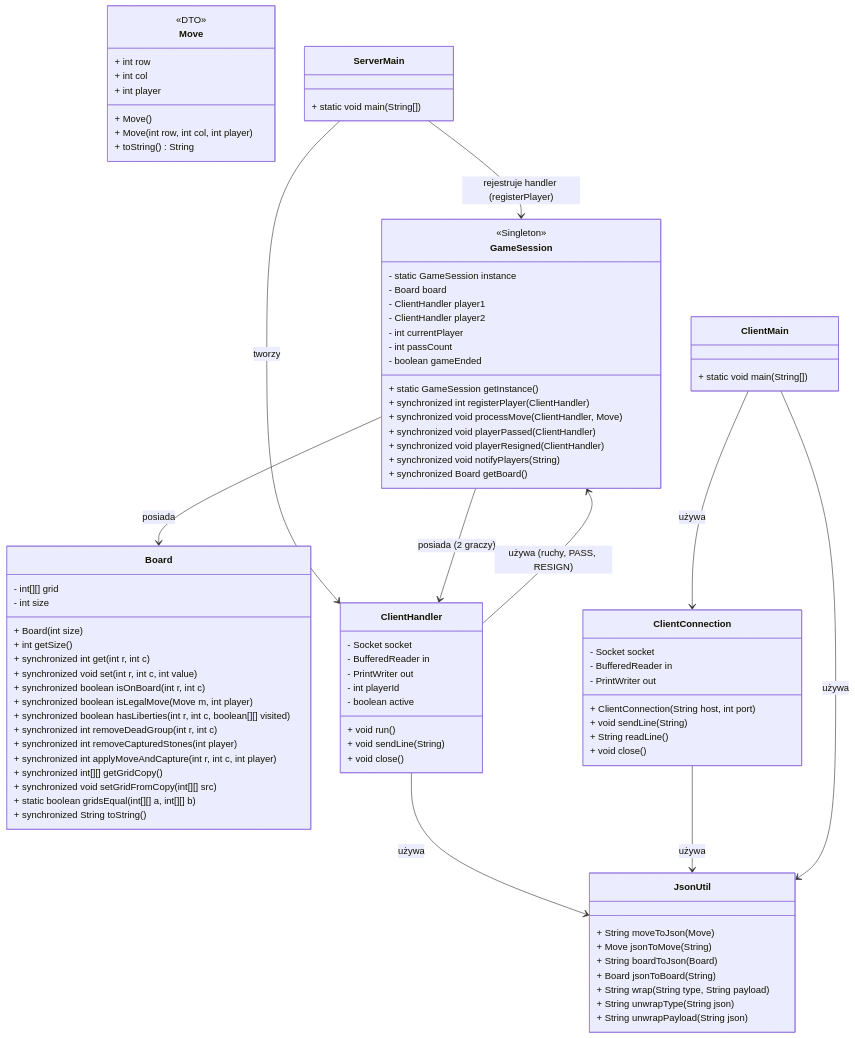
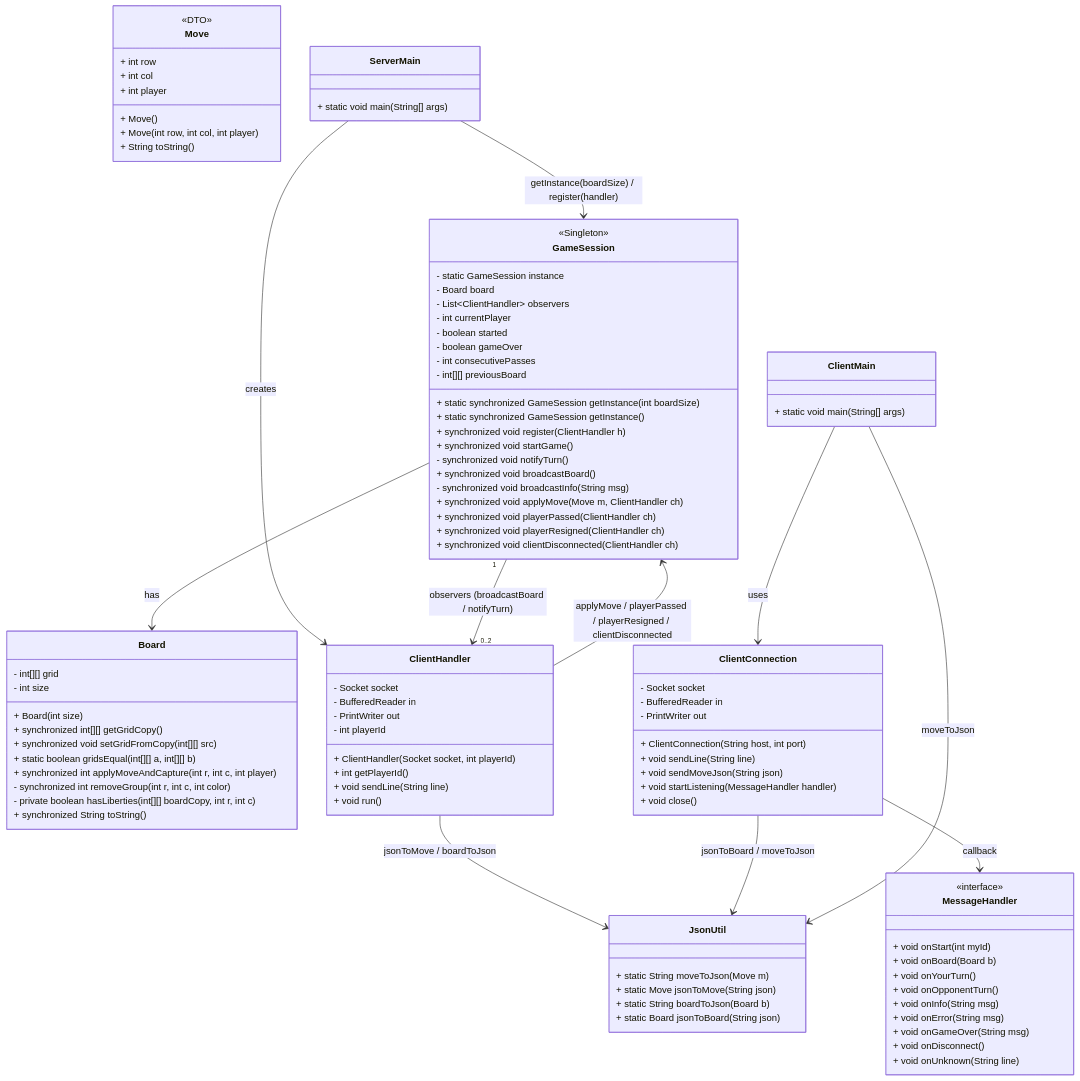
The diagram in diagram.md (adam-1020/lab4), drawn with Mermaid before and after one commit. The commit also changed 1 other file, not shown here.

Commit message:
diagram i readme

````diff
--- a/diagram.md
+++ b/diagram.md
@@ -12,7 +12,7 @@
         + int player
         + Move()
         + Move(int row, int col, int player)
-        + toString() String
+        + String toString()
     }
 
     class Board {
@@ -20,33 +20,21 @@
         - int size
 
         + Board(int size)
-        + int getSize()
-        + synchronized int get(int r, int c)
-        + synchronized void set(int r, int c, int value)
-
-        + synchronized boolean isOnBoard(int r, int c)
-        + synchronized boolean isLegalMove(Move m, int player)
-        + synchronized boolean hasLiberties(int r, int c, boolean[][] visited)
-        + synchronized int removeDeadGroup(int r, int c)
-        + synchronized int removeCapturedStones(int player)
-
-        + synchronized int applyMoveAndCapture(int r, int c, int player)
-
         + synchronized int[][] getGridCopy()
         + synchronized void setGridFromCopy(int[][] src)
         + static boolean gridsEqual(int[][] a, int[][] b)
 
+        + synchronized int applyMoveAndCapture(int r, int c, int player)
+        - synchronized int removeGroup(int r, int c, int color)
+        - private boolean hasLiberties(int[][] boardCopy, int r, int c)
         + synchronized String toString()
     }
 
     class JsonUtil {
-        + String moveToJson(Move)
-        + Move jsonToMove(String)
-        + String boardToJson(Board)
-        + Board jsonToBoard(String)
-        + String wrap(String type, String payload)
-        + String unwrapType(String json)
-        + String unwrapPayload(String json)
+        + static String moveToJson(Move m)
+        + static Move jsonToMove(String json)
+        + static String boardToJson(Board b)
+        + static Board jsonToBoard(String json)
     }
 
 
@@ -57,19 +45,24 @@
         <<Singleton>>
         - static GameSession instance
         - Board board
-        - ClientHandler player1
-        - ClientHandler player2
+        - List~ClientHandler~ observers
         - int currentPlayer
-        - int passCount
-        - boolean gameEnded
+        - boolean started
+        - boolean gameOver
+        - int consecutivePasses
+        - int[][] previousBoard
 
-        + static GameSession getInstance()
-        + synchronized int registerPlayer(ClientHandler)
-        + synchronized void processMove(ClientHandler, Move)
-        + synchronized void playerPassed(ClientHandler)
-        + synchronized void playerResigned(ClientHandler)
-        + synchronized void notifyPlayers(String)
-        + synchronized Board getBoard()
+        + static synchronized GameSession getInstance(int boardSize)
+        + static synchronized GameSession getInstance()
+        + synchronized void register(ClientHandler h)
+        + synchronized void startGame()
+        - synchronized void notifyTurn()
+        + synchronized void broadcastBoard()
+        - synchronized void broadcastInfo(String msg)
+        + synchronized void applyMove(Move m, ClientHandler ch)
+        + synchronized void playerPassed(ClientHandler ch)
+        + synchronized void playerResigned(ClientHandler ch)
+        + synchronized void clientDisconnected(ClientHandler ch)
     }
 
     class ClientHandler {
@@ -77,21 +70,15 @@
         - BufferedReader in
         - PrintWriter out
         - int playerId
-        - boolean active
 
+        + ClientHandler(Socket socket, int playerId)
+        + int getPlayerId()
+        + void sendLine(String line)
         + void run()
-        + void sendLine(String)
-        + void close()
     }
 
     class ServerMain {
-        + static void main(String[])
-    %% Komentarz:
-    %% - tworzy ServerSocket
-    %% - akceptuje połączenia klientów
-    %% - tworzy ClientHandler
-    %% - rejestruje handler w GameSession
-    %% - uruchamia wątek handlera
+        + static void main(String[] args)
     }
 
 
@@ -104,32 +91,51 @@
         - PrintWriter out
 
         + ClientConnection(String host, int port)
-        + void sendLine(String)
-        + String readLine()
+        + void sendLine(String line)
+        + void sendMoveJson(String json)
+        + void startListening(MessageHandler handler)
         + void close()
     }
 
     class ClientMain {
-        + static void main(String[])
+        + static void main(String[] args)
     }
 
+%% MessageHandler is an internal interface of ClientConnection
+    class MessageHandler {
+        <<interface>>
+        + void onStart(int myId)
+        + void onBoard(Board b)
+        + void onYourTurn()
+        + void onOpponentTurn()
+        + void onInfo(String msg)
+        + void onError(String msg)
+        + void onGameOver(String msg)
+        + void onDisconnect()
+        + void onUnknown(String line)
+    }
 
 %% ======================
 %% RELATIONS
 %% ======================
 
-%% SERVER RELATIONS
-    ServerMain --> ClientHandler : tworzy
-    ServerMain --> GameSession : rejestruje handler (registerPlayer)
-    GameSession --> ClientHandler : posiada (2 graczy)
-    GameSession --> Board : posiada
+%% Server flow: ServerMain creates handlers and registers them in GameSession
+    ServerMain --> ClientHandler : creates
+    ServerMain --> GameSession : getInstance(boardSize) / register(handler)
 
-%% LOGIC RELATIONS
-    ClientHandler --> GameSession : używa (ruchy, PASS, RESIGN)
-    ClientHandler --> JsonUtil : używa
-    ClientConnection --> JsonUtil : używa
+%% GameSession manages handlers (Observer)
+    GameSession "1" --> "0..2" ClientHandler : observers (broadcastBoard / notifyTurn)
 
-%% CLIENT RELATIONS
-    ClientMain --> ClientConnection : używa
-    ClientMain --> JsonUtil : używa
+%% GameSession uses Board
+    GameSession --> Board : has
+
+%% ClientHandler uses GameSession and JsonUtil
+    ClientHandler --> GameSession : applyMove / playerPassed / playerResigned / clientDisconnected
+    ClientHandler --> JsonUtil : jsonToMove / boardToJson
+
+%% Client side relations
+    ClientMain --> ClientConnection : uses
+    ClientConnection --> MessageHandler : callback
+    ClientConnection --> JsonUtil : jsonToBoard / moveToJson
+    ClientMain --> JsonUtil : moveToJson
 ```
````
